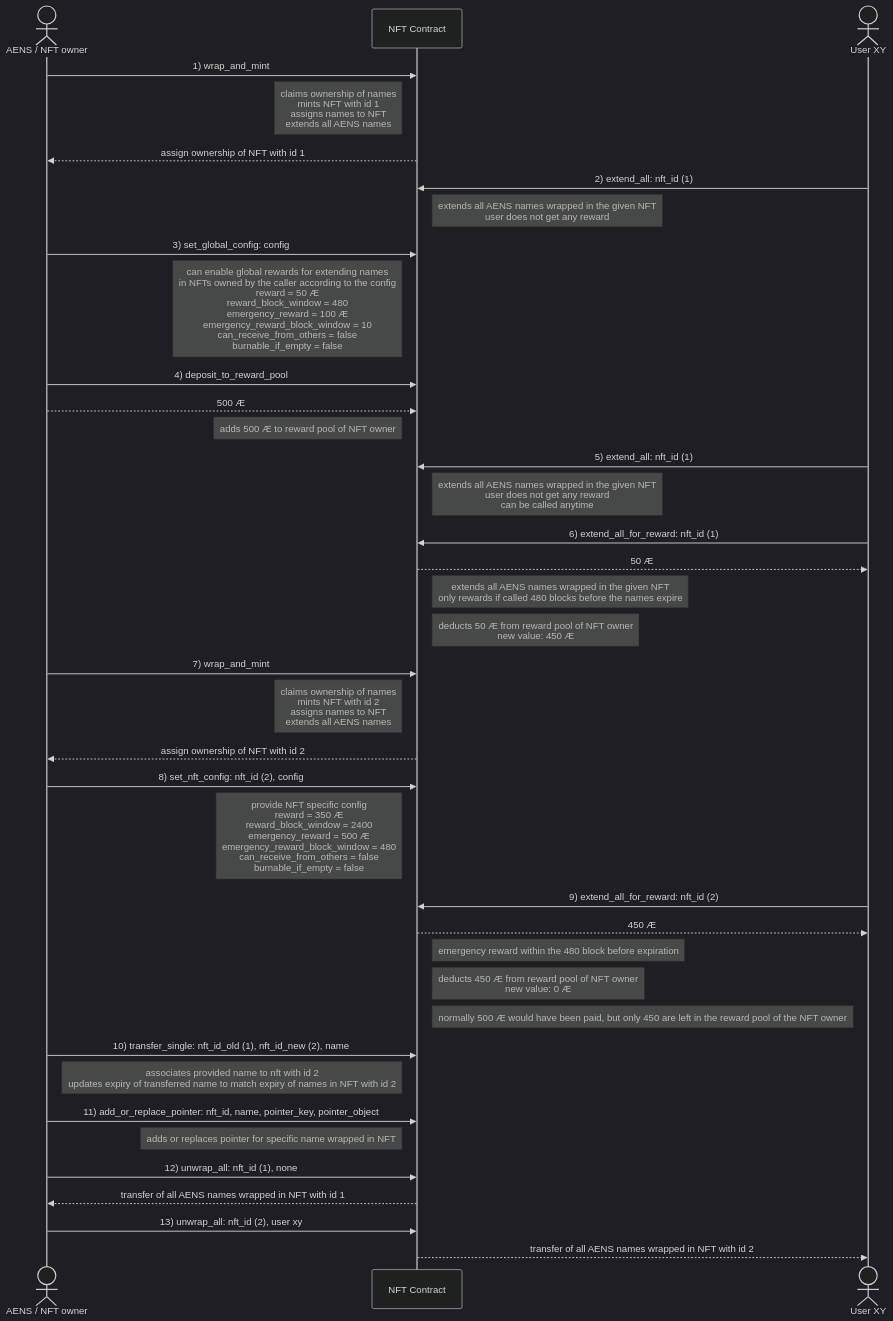
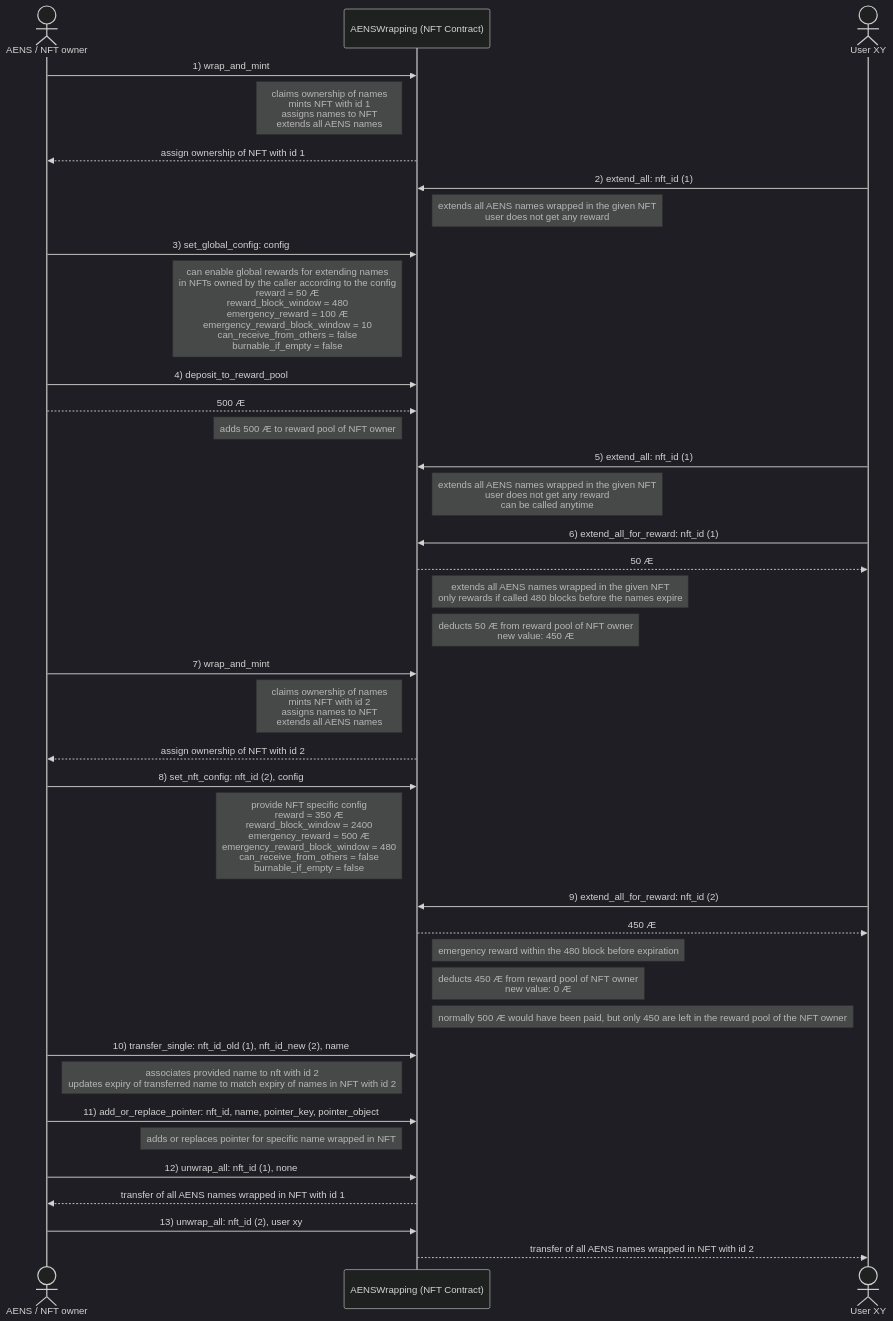
The diagram in README.md (marc0olo/aens-nfts), drawn with Mermaid (dark theme) before and after one commit. The commit also changed 3 other files, not shown here.

````diff
--- a/README.md
+++ b/README.md
@@ -23,53 +23,53 @@
 ```mermaid
 sequenceDiagram
     actor AENS / NFT owner
 
-    AENS / NFT owner ->> NFT Contract: 1) wrap_and_mint
-    Note left of NFT Contract: claims ownership of names<br />mints NFT with id 1<br />assigns names to NFT<br />extends all AENS names
-    NFT Contract -->> AENS / NFT owner: assign ownership of NFT with id 1
+    AENS / NFT owner ->> AENSWrapping (NFT Contract): 1) wrap_and_mint
+    Note left of AENSWrapping (NFT Contract): claims ownership of names<br />mints NFT with id 1<br />assigns names to NFT<br />extends all AENS names
+    AENSWrapping (NFT Contract) -->> AENS / NFT owner: assign ownership of NFT with id 1
 
     actor User XY
 
-    User XY ->> NFT Contract: 2) extend_all: nft_id (1)
-    Note right of NFT Contract: extends all AENS names wrapped in the given NFT<br /> user does not get any reward
+    User XY ->> AENSWrapping (NFT Contract): 2) extend_all: nft_id (1)
+    Note right of AENSWrapping (NFT Contract): extends all AENS names wrapped in the given NFT<br /> user does not get any reward
 
-    AENS / NFT owner ->> NFT Contract: 3) set_global_config: config
-    Note left of NFT Contract: can enable global rewards for extending names<br />in NFTs owned by the caller according to the config<br />reward = 50 Æ<br />reward_block_window = 480<br />emergency_reward = 100 Æ<br />emergency_reward_block_window = 10<br />can_receive_from_others = false<br />burnable_if_empty = false
+    AENS / NFT owner ->> AENSWrapping (NFT Contract): 3) set_global_config: config
+    Note left of AENSWrapping (NFT Contract): can enable global rewards for extending names<br />in NFTs owned by the caller according to the config<br />reward = 50 Æ<br />reward_block_window = 480<br />emergency_reward = 100 Æ<br />emergency_reward_block_window = 10<br />can_receive_from_others = false<br />burnable_if_empty = false
 
-    AENS / NFT owner ->> NFT Contract: 4) deposit_to_reward_pool
-    AENS / NFT owner -->> NFT Contract: 500 Æ
-    Note left of NFT Contract: adds 500 Æ to reward pool of NFT owner
+    AENS / NFT owner ->> AENSWrapping (NFT Contract): 4) deposit_to_reward_pool
+    AENS / NFT owner -->> AENSWrapping (NFT Contract): 500 Æ
+    Note left of AENSWrapping (NFT Contract): adds 500 Æ to reward pool of NFT owner
 
-    User XY ->> NFT Contract: 5) extend_all: nft_id (1)
-    Note right of NFT Contract: extends all AENS names wrapped in the given NFT<br /> user does not get any reward<br /> can be called anytime
+    User XY ->> AENSWrapping (NFT Contract): 5) extend_all: nft_id (1)
+    Note right of AENSWrapping (NFT Contract): extends all AENS names wrapped in the given NFT<br /> user does not get any reward<br /> can be called anytime
 
-    User XY ->> NFT Contract: 6) extend_all_for_reward: nft_id (1)
-    NFT Contract -->> User XY: 50 Æ
-    Note right of NFT Contract: extends all AENS names wrapped in the given NFT<br /> only rewards if called 480 blocks before the names expire
-    Note right of NFT Contract: deducts 50 Æ from reward pool of NFT owner<br />new value: 450 Æ
+    User XY ->> AENSWrapping (NFT Contract): 6) extend_all_for_reward: nft_id (1)
+    AENSWrapping (NFT Contract) -->> User XY: 50 Æ
+    Note right of AENSWrapping (NFT Contract): extends all AENS names wrapped in the given NFT<br /> only rewards if called 480 blocks before the names expire
+    Note right of AENSWrapping (NFT Contract): deducts 50 Æ from reward pool of NFT owner<br />new value: 450 Æ
 
-    AENS / NFT owner ->> NFT Contract: 7) wrap_and_mint
-    Note left of NFT Contract: claims ownership of names<br />mints NFT with id 2<br />assigns names to NFT<br />extends all AENS names
-    NFT Contract -->> AENS / NFT owner: assign ownership of NFT with id 2
+    AENS / NFT owner ->> AENSWrapping (NFT Contract): 7) wrap_and_mint
+    Note left of AENSWrapping (NFT Contract): claims ownership of names<br />mints NFT with id 2<br />assigns names to NFT<br />extends all AENS names
+    AENSWrapping (NFT Contract) -->> AENS / NFT owner: assign ownership of NFT with id 2
 
-    AENS / NFT owner ->> NFT Contract: 8) set_nft_config: nft_id (2), config
-    Note left of NFT Contract: provide NFT specific config<br />reward = 350 Æ<br />reward_block_window = 2400<br />emergency_reward = 500 Æ<br />emergency_reward_block_window = 480<br />can_receive_from_others = false<br />burnable_if_empty = false
+    AENS / NFT owner ->> AENSWrapping (NFT Contract): 8) set_nft_config: nft_id (2), config
+    Note left of AENSWrapping (NFT Contract): provide NFT specific config<br />reward = 350 Æ<br />reward_block_window = 2400<br />emergency_reward = 500 Æ<br />emergency_reward_block_window = 480<br />can_receive_from_others = false<br />burnable_if_empty = false
 
-    User XY ->> NFT Contract: 9) extend_all_for_reward: nft_id (2)
-    NFT Contract -->> User XY: 450 Æ
-    Note right of NFT Contract: emergency reward within the 480 block before expiration
-    Note right of NFT Contract: deducts 450 Æ from reward pool of NFT owner<br />new value: 0 Æ
-    Note right of NFT Contract: normally 500 Æ would have been paid, but only 450 are left in the reward pool of the NFT owner 
+    User XY ->> AENSWrapping (NFT Contract): 9) extend_all_for_reward: nft_id (2)
+    AENSWrapping (NFT Contract) -->> User XY: 450 Æ
+    Note right of AENSWrapping (NFT Contract): emergency reward within the 480 block before expiration
+    Note right of AENSWrapping (NFT Contract): deducts 450 Æ from reward pool of NFT owner<br />new value: 0 Æ
+    Note right of AENSWrapping (NFT Contract): normally 500 Æ would have been paid, but only 450 are left in the reward pool of the NFT owner 
     
-    AENS / NFT owner ->> NFT Contract: 10) transfer_single: nft_id_old (1), nft_id_new (2), name
-    Note left of NFT Contract: associates provided name to nft with id 2<br />updates expiry of transferred name to match expiry of names in NFT with id 2
+    AENS / NFT owner ->> AENSWrapping (NFT Contract): 10) transfer_single: nft_id_old (1), nft_id_new (2), name
+    Note left of AENSWrapping (NFT Contract): associates provided name to nft with id 2<br />updates expiry of transferred name to match expiry of names in NFT with id 2
 
-    AENS / NFT owner ->> NFT Contract: 11) add_or_replace_pointer: nft_id, name, pointer_key, pointer_object
-    Note left of NFT Contract: adds or replaces pointer for specific name wrapped in NFT
+    AENS / NFT owner ->> AENSWrapping (NFT Contract): 11) add_or_replace_pointer: nft_id, name, pointer_key, pointer_object
+    Note left of AENSWrapping (NFT Contract): adds or replaces pointer for specific name wrapped in NFT
 
-    AENS / NFT owner ->> NFT Contract: 12) unwrap_all: nft_id (1), none
-    NFT Contract -->> AENS / NFT owner: transfer of all AENS names wrapped in NFT with id 1
+    AENS / NFT owner ->> AENSWrapping (NFT Contract): 12) unwrap_all: nft_id (1), none
+    AENSWrapping (NFT Contract) -->> AENS / NFT owner: transfer of all AENS names wrapped in NFT with id 1
 
-    AENS / NFT owner ->> NFT Contract: 13) unwrap_all: nft_id (2), user xy
-    NFT Contract -->> User XY: transfer of all AENS names wrapped in NFT with id 2
+    AENS / NFT owner ->> AENSWrapping (NFT Contract): 13) unwrap_all: nft_id (2), user xy
+    AENSWrapping (NFT Contract) -->> User XY: transfer of all AENS names wrapped in NFT with id 2
 ```
````
